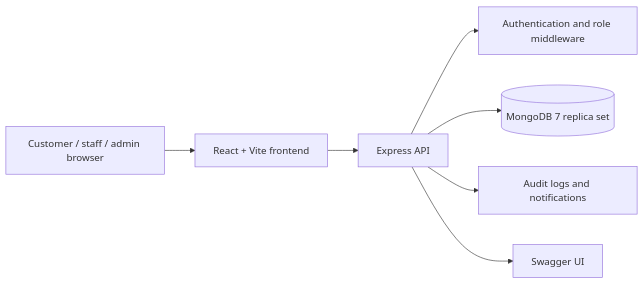
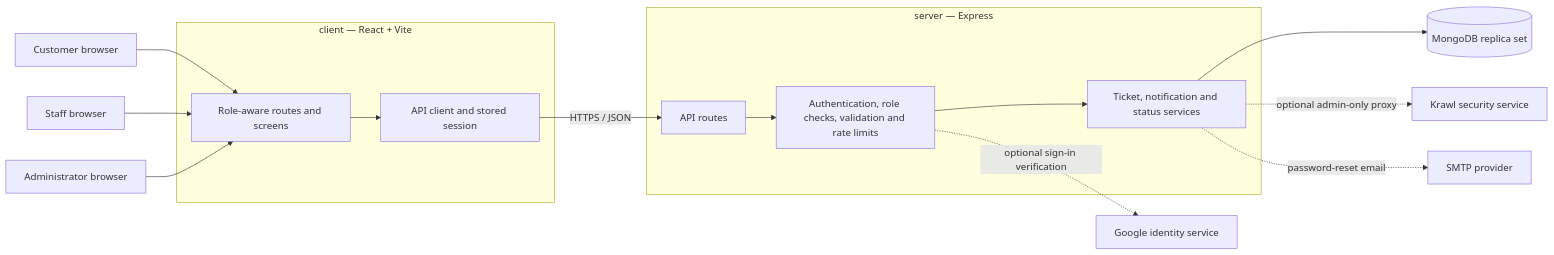
The second of 6 diagrams in README.md (Ash12106/Render-desk), drawn with Mermaid before and after one commit. The commit also changed other lines of this file, not shown here.

````diff
--- a/README.md
+++ b/README.md
@@ -310,9 +318,33 @@
 ```mermaid
 flowchart LR
-    Browser[Customer / staff / admin browser] --> Frontend[React + Vite frontend]
-    Frontend --> API[Express API]
-    API --> Auth[Authentication and role middleware]
-    API --> Mongo[(MongoDB 7 replica set)]
-    API --> Audit[Audit logs and notifications]
-    API --> Swagger[Swagger UI]
+    Customer[Customer browser]
+    Staff[Staff browser]
+    Admin[Administrator browser]
+
+    subgraph Client[client — React + Vite]
+      Router[Role-aware routes and screens]
+      ApiClient[API client and stored session]
+      Router --> ApiClient
+    end
+
+    subgraph Server[server — Express]
+      Api[API routes]
+      Guard[Authentication, role checks, validation and rate limits]
+      Services[Ticket, notification and status services]
+      Api --> Guard --> Services
+    end
+
+    Mongo[(MongoDB replica set)]
+    Krawl[Krawl security service]
+    Google[Google identity service]
+    Mail[SMTP provider]
+
+    Customer --> Router
+    Staff --> Router
+    Admin --> Router
+    ApiClient -->|HTTPS / JSON| Api
+    Services --> Mongo
+    Services -. optional admin-only proxy .-> Krawl
+    Guard -. optional sign-in verification .-> Google
+    Services -. password-reset email .-> Mail
 ```
````
